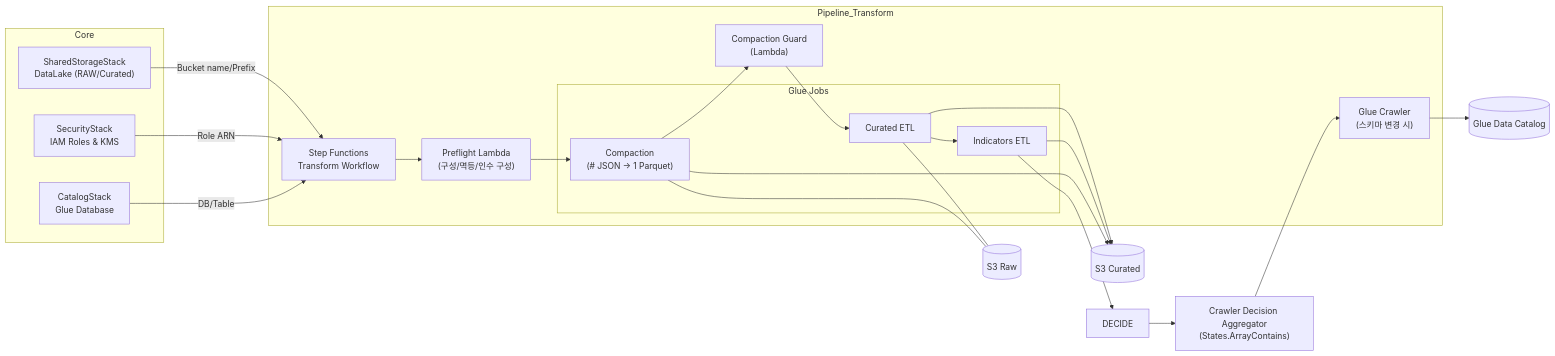
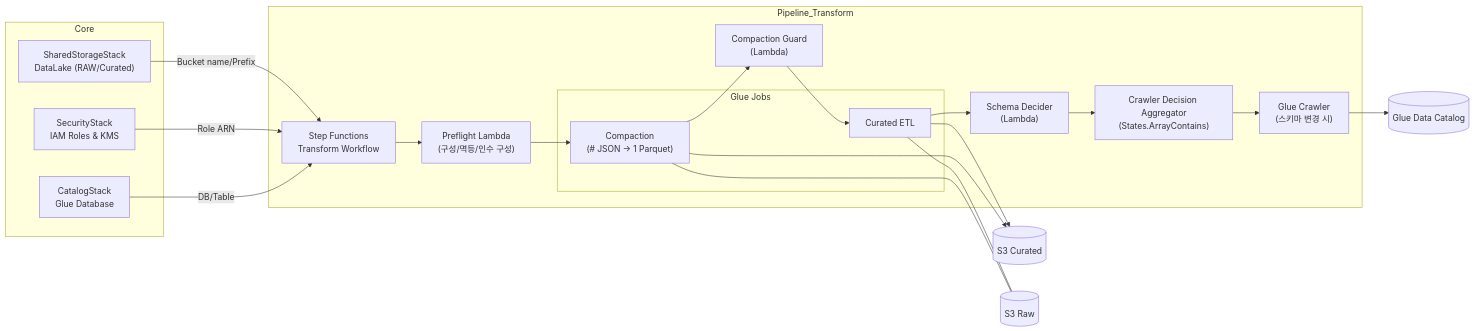
Before and after one commit to keemgdeok/fin-forge-pipeline: the diagram in docs/diagrams/transform/01-components.md, drawn with Mermaid. The commit also changed 15 other files, not shown here.

Commit message:
docs: refresh transform specs and diagrams for curated-only pipeline

````diff
--- a/docs/diagrams/transform/01-components.md
+++ b/docs/diagrams/transform/01-components.md
@@ -1,38 +1,38 @@
 ```mermaid
 graph LR
   subgraph Core
     SS["SharedStorageStack<br/>DataLake (RAW/Curated)"]
     SEC["SecurityStack<br/>IAM Roles & KMS"]
     GOV["CatalogStack<br/>Glue Database"]
   end
 
   subgraph Pipeline_Transform
     SFN["Step Functions<br/>Transform Workflow"]
     PRE["Preflight Lambda<br/>(구성/멱등/인수 구성)"]
     subgraph Glue_Jobs["Glue Jobs"]
       COMP["Compaction<br/>(# JSON → 1 Parquet)"]
       GLUE["Curated ETL"]
-      IND["Indicators ETL"]
     end
     GUARD["Compaction Guard<br/>(Lambda)"]
+    DECIDE["Schema Decider<br/>(Lambda)"]
+    AGG["Crawler Decision Aggregator<br/>(States.ArrayContains)"]
     CRAWL["Glue Crawler<br/>(스키마 변경 시)"]
   end
 
   SS -->|Bucket name/Prefix| SFN
   SEC -->|Role ARN| SFN
   GOV -->|DB/Table| SFN
 
   SFN --> PRE
   PRE --> COMP
-  COMP --> GUARD --> GLUE --> IND --> DECIDE
-  DECIDE --> AGG["Crawler Decision Aggregator<br/>(States.ArrayContains)"]
+  COMP --> GUARD --> GLUE --> DECIDE
+  DECIDE --> AGG
   AGG --> CRAWL
   GLUE --> CUR[(S3 Curated)]
-  IND --> CUR
   GLUE --- RAW[(S3 Raw)]
   COMP --- RAW
   COMP --> CUR
   CRAWL --> CAT[(Glue Data Catalog)]
 
   %% Governance/Security notes
 ```
````
